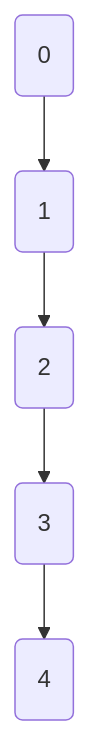
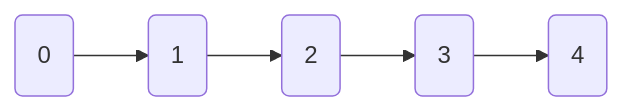
One commit to PredescuSebastianIon/PA changed the diagram in teorie.md. Above: the diagram before and after it, drawn with Mermaid. The commit also changed other lines of this file, not shown here.

````diff
--- a/teorie.md
+++ b/teorie.md
@@ -67,8 +67,8 @@
 ```mermaid
-graph TD
+graph LR
 
 A(0) --> B(1)
 B --> C(2)
 C --> D(3)
 D --> E(4)
 ```
````
